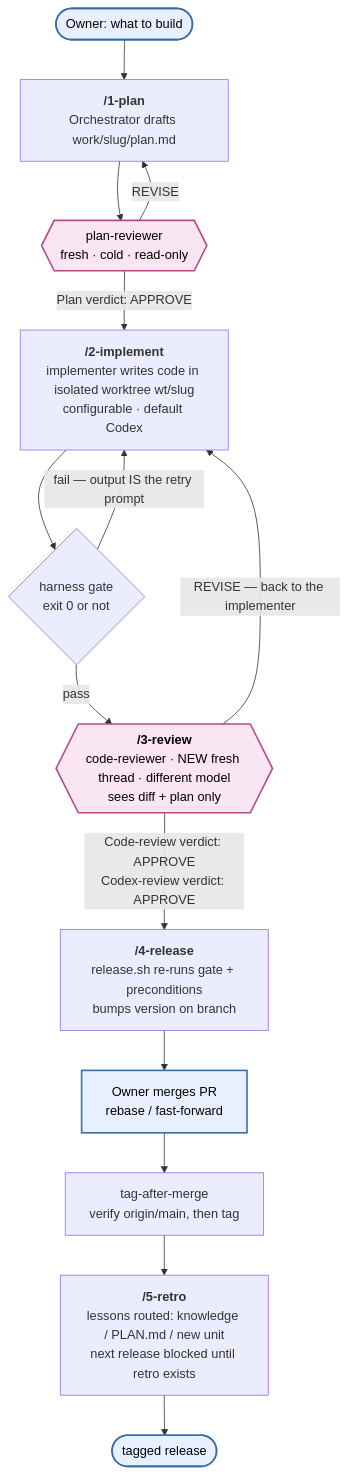
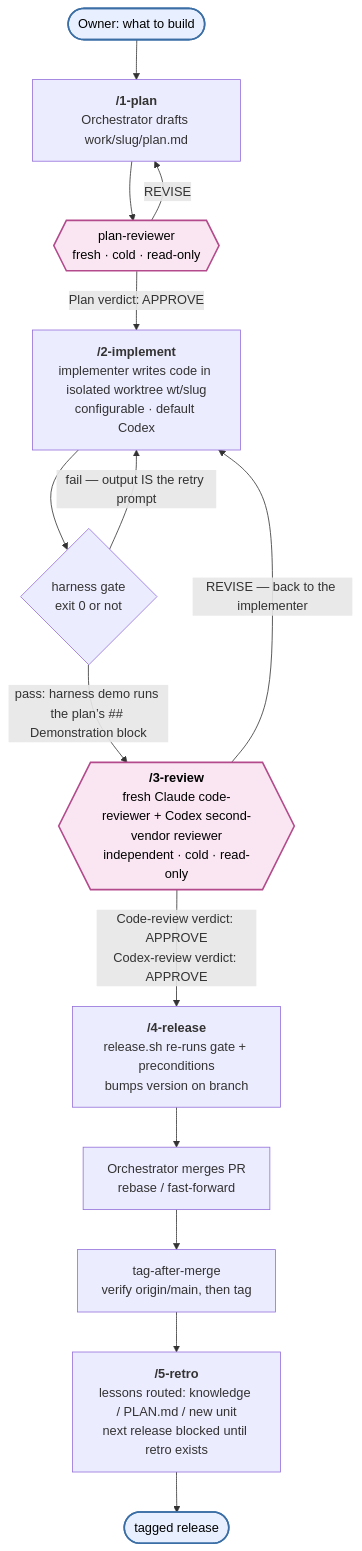
The first of 2 diagrams in README.md (ChristopherHoward1/agentic-coding), drawn with Mermaid before and after one commit. The commit also changed other lines of this file, not shown here.

````diff
--- a/README.md
+++ b/README.md
@@ -19,23 +19,23 @@
 ```mermaid
 flowchart TD
     Owner([Owner: what to build]):::human --> Draft
 
     Draft["<b>/1-plan</b><br/>Orchestrator drafts work/slug/plan.md"] --> PRev{{"plan-reviewer<br/>fresh · cold · read-only"}}:::grill
     PRev -- "REVISE" --> Draft
     PRev -- "Plan verdict: APPROVE" --> Impl
 
     Impl["<b>/2-implement</b><br/>implementer writes code in isolated worktree wt/slug<br/>configurable · default Codex"] --> Gate{"harness gate<br/>exit 0 or not"}
     Gate -- "fail — output IS the retry prompt" --> Impl
-    Gate -- "pass" --> CRev
+    Gate -- "pass: harness demo runs the plan’s ## Demonstration block" --> CRev
 
-    CRev{{"<b>/3-review</b><br/>code-reviewer · NEW fresh thread · different model<br/>sees diff + plan only"}}:::grill
+    CRev{{"<b>/3-review</b><br/>fresh Claude code-reviewer + Codex second-vendor reviewer<br/>independent · cold · read-only"}}:::grill
     CRev -- "REVISE — back to the implementer" --> Impl
     CRev -- "Code-review verdict: APPROVE<br/>Codex-review verdict: APPROVE" --> Rel
 
-    Rel["<b>/4-release</b><br/>release.sh re-runs gate + preconditions<br/>bumps version on branch"] --> Merge["Owner merges PR<br/>rebase / fast-forward"]:::human
+    Rel["<b>/4-release</b><br/>release.sh re-runs gate + preconditions<br/>bumps version on branch"] --> Merge["Orchestrator merges PR<br/>rebase / fast-forward"]
     Merge --> Tag["tag-after-merge<br/>verify origin/main, then tag"]
     Tag --> Retro["<b>/5-retro</b><br/>lessons routed: knowledge / PLAN.md / new unit<br/>next release blocked until retro exists"] --> Done([tagged release]):::human
 
     classDef grill fill:#f9e6f2,stroke:#b34a8c,stroke-width:2px,color:#000;
     classDef human fill:#e8f0ff,stroke:#3a6ea5,stroke-width:2px,color:#000;
 ```
````
